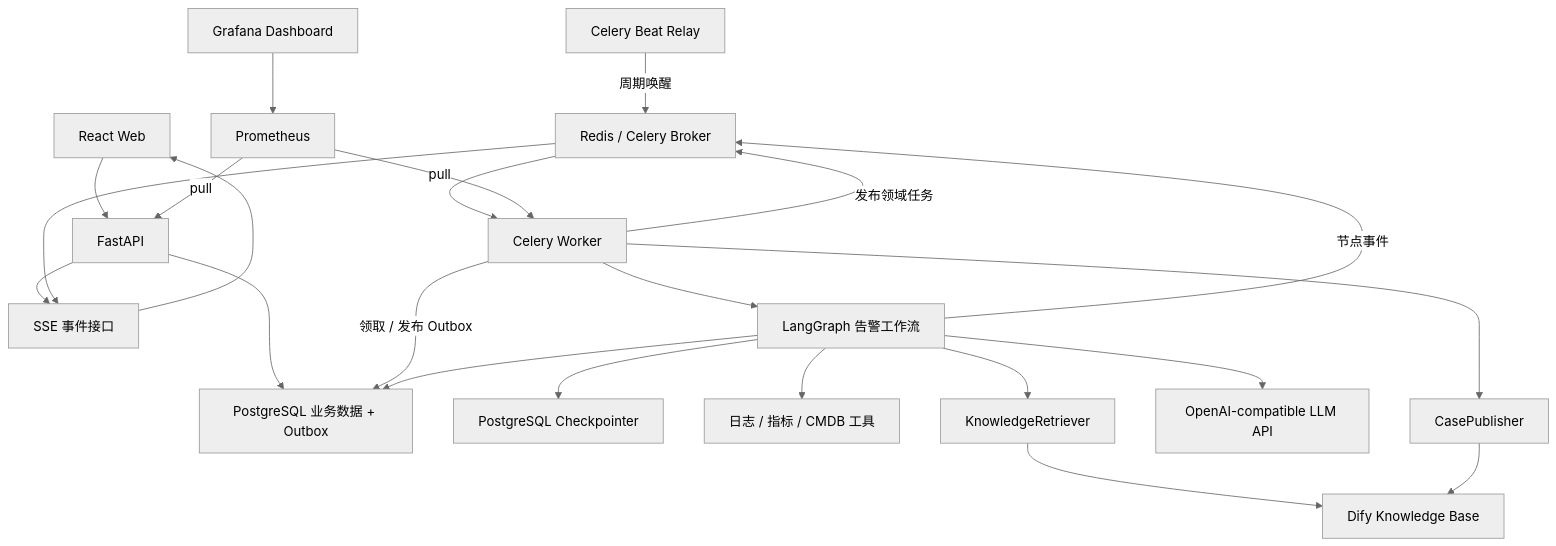
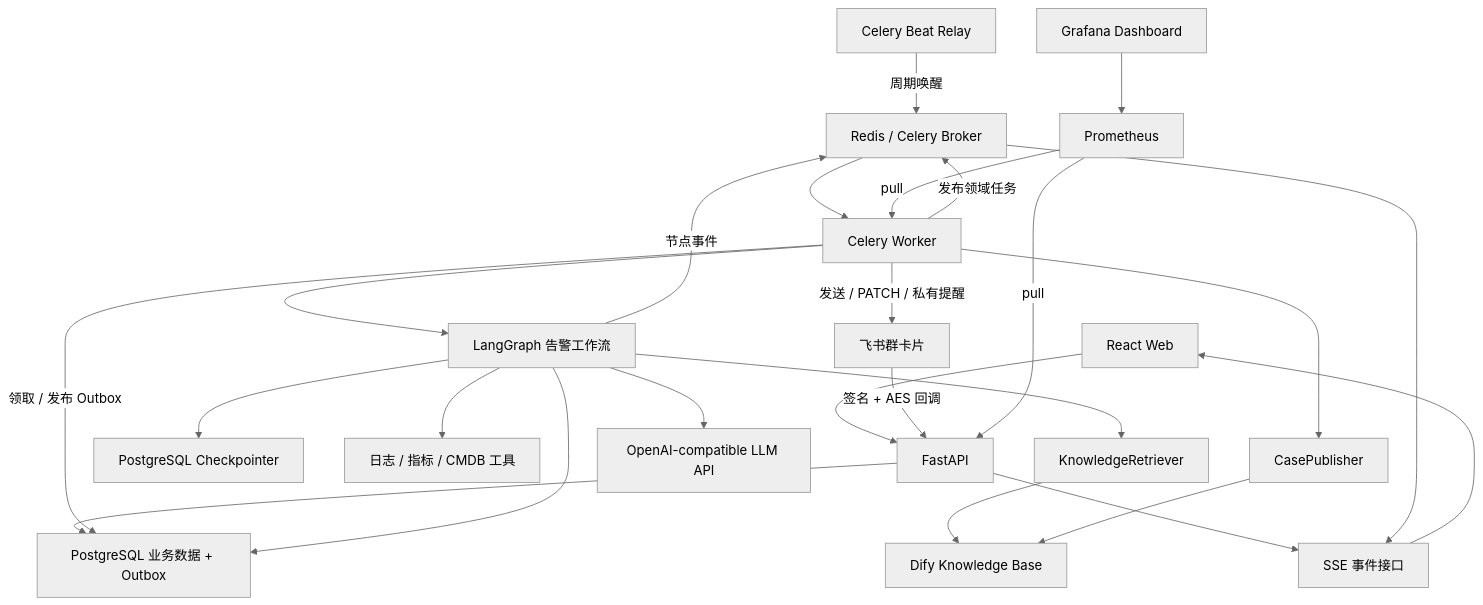
Before and after one commit to tsycheese/alert-sage: the first of 2 diagrams in docs/02-architecture.md, drawn with Mermaid (neutral theme). The commit also changed other lines of this file and 71 other files, not shown here.

````diff
--- a/docs/02-architecture.md
+++ b/docs/02-architecture.md
@@ -93,29 +100,31 @@
 ```mermaid
 flowchart TB
     WEB["React Web"] --> API["FastAPI"]
+    FEISHU["飞书群卡片"] -->|签名 + AES 回调| API
     API --> PG["PostgreSQL 业务数据 + Outbox"]
     API --> SSE["SSE 事件接口"]
 
     BEAT["Celery Beat Relay"] -->|周期唤醒| REDIS["Redis / Celery Broker"]
     REDIS --> WORKER["Celery Worker"]
     WORKER -->|领取 / 发布 Outbox| PG
     WORKER -->|发布领域任务| REDIS
     WORKER --> GRAPH["LangGraph 告警工作流"]
 
     GRAPH --> CHECKPOINT["PostgreSQL Checkpointer"]
     GRAPH --> TOOLS["日志 / 指标 / CMDB 工具"]
     GRAPH --> RETRIEVER["KnowledgeRetriever"]
     RETRIEVER --> DIFY["Dify Knowledge Base"]
     GRAPH --> LLM["OpenAI-compatible LLM API"]
     GRAPH --> PG
     WORKER --> CASE_PUBLISHER["CasePublisher"]
+    WORKER -->|发送 / PATCH / 私有提醒| FEISHU
     CASE_PUBLISHER --> DIFY
 
     PROM["Prometheus"] -->|pull| API
     PROM -->|pull| WORKER
     GRAFANA["Grafana Dashboard"] --> PROM
 
     GRAPH -->|节点事件| REDIS
     REDIS --> SSE
     SSE --> WEB
 ```
````
